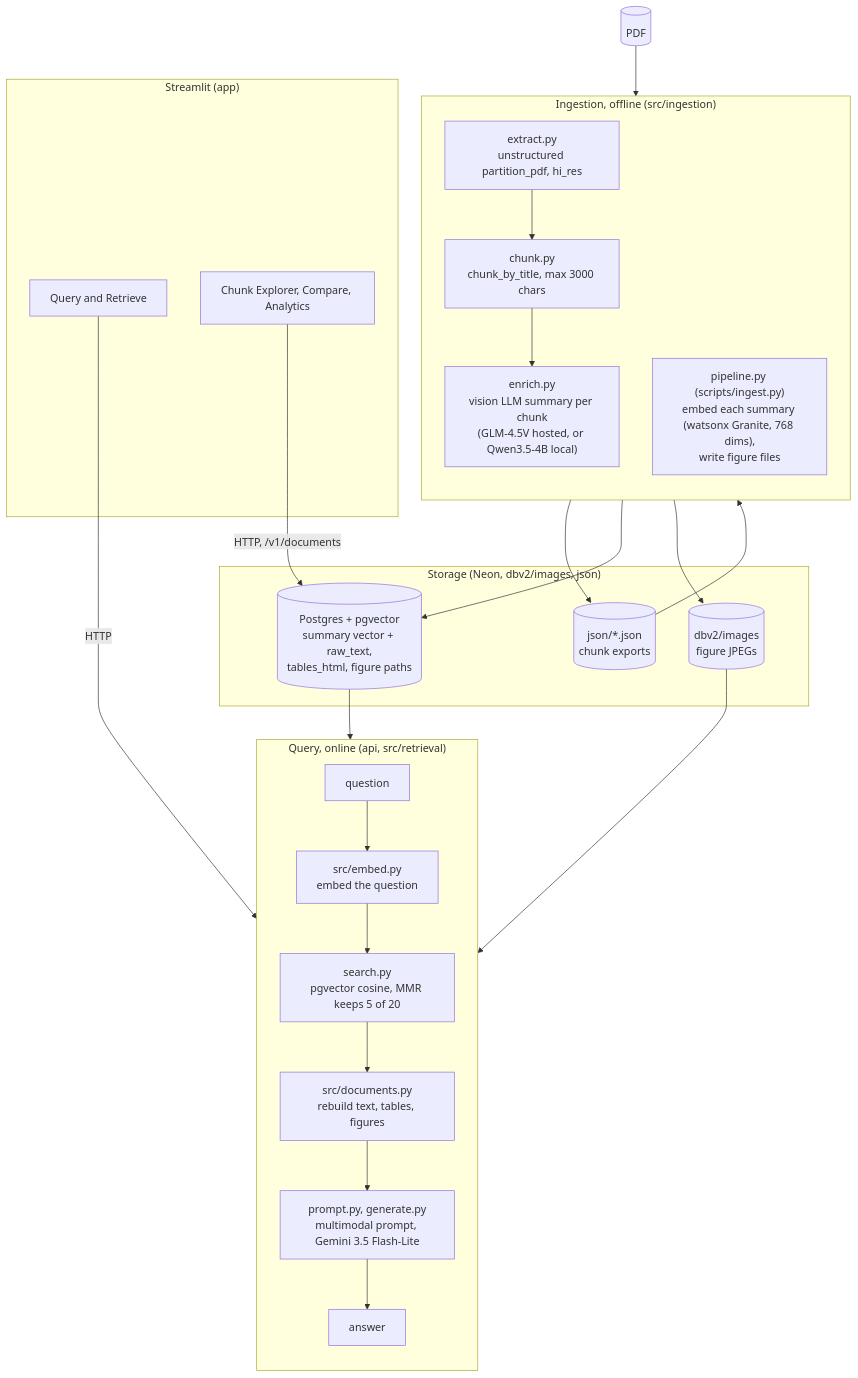
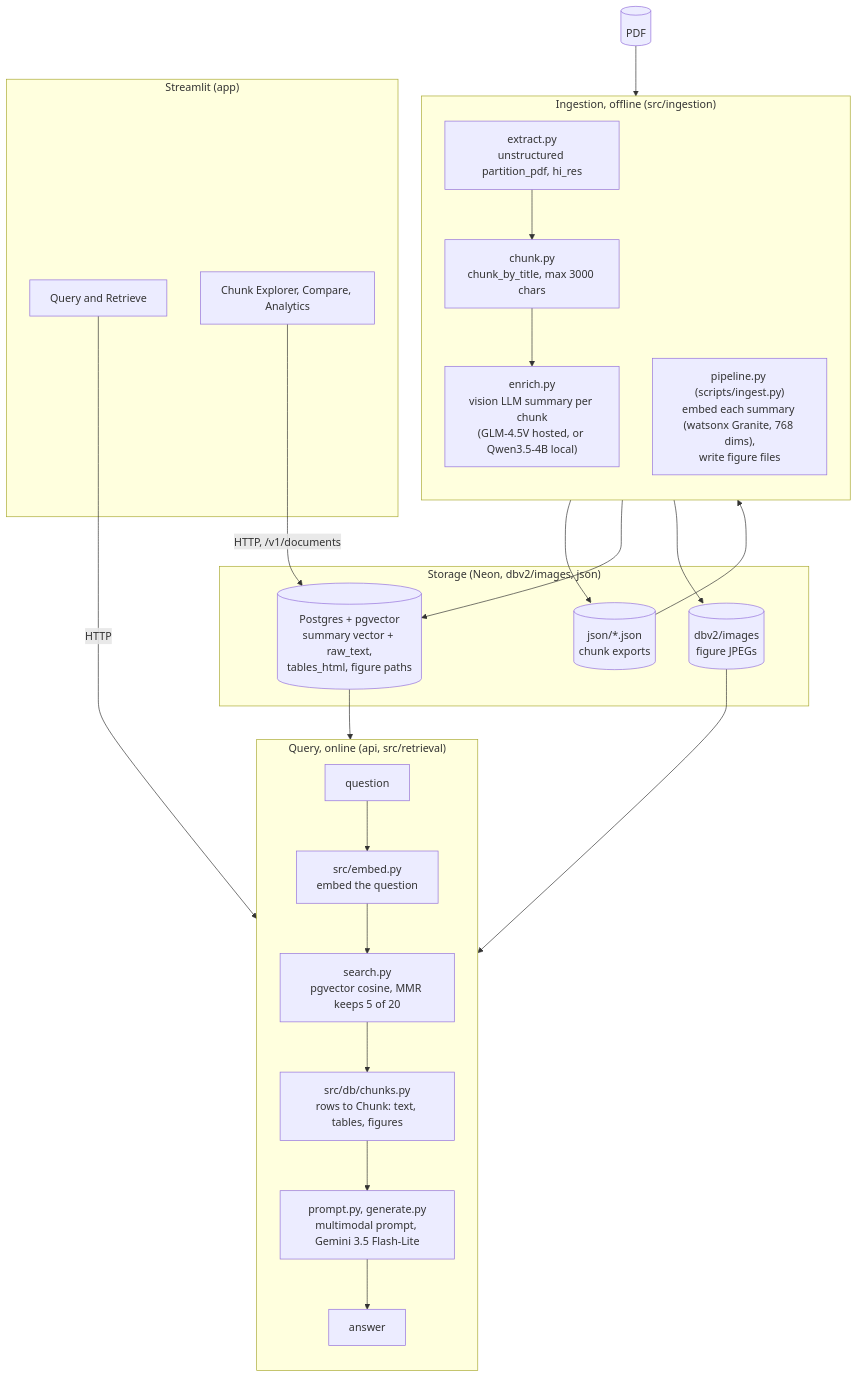
Before and after one commit to moksh-m9u/Ki-Craft: the diagram in README.md, drawn with Mermaid. The commit also changed 26 other files, not shown here.

````diff
--- a/README.md
+++ b/README.md
@@ -57,45 +57,45 @@
 ```mermaid
 flowchart TB
     PDF[("PDF")]
 
     subgraph Ingestion["Ingestion, offline (src/ingestion)"]
         direction TB
         PART["extract.py<br/>unstructured partition_pdf, hi_res"]
         CHUNK["chunk.py<br/>chunk_by_title, max 3000 chars"]
         ENRICH["enrich.py<br/>vision LLM summary per chunk<br/>(GLM-4.5V hosted, or Qwen3.5-4B local)"]
         BUILD["pipeline.py (scripts/ingest.py)<br/>embed each summary (watsonx Granite, 768 dims),<br/>write figure files"]
         PART --> CHUNK --> ENRICH
     end
 
     subgraph Storage["Storage (Neon, dbv2/images, json)"]
         STORE[("Postgres + pgvector<br/>summary vector + raw_text,<br/>tables_html, figure paths")]
         IMAGES[("dbv2/images<br/>figure JPEGs")]
         JSON[("json/*.json<br/>chunk exports")]
     end
 
     subgraph Query["Query, online (api, src/retrieval)"]
         direction TB
         Q["question"]
         EMBED_Q["src/embed.py<br/>embed the question"]
         MMR["search.py<br/>pgvector cosine, MMR keeps 5 of 20"]
-        REBUILD["src/documents.py<br/>rebuild text, tables, figures"]
+        REBUILD["src/db/chunks.py<br/>rows to Chunk: text, tables, figures"]
         GEN["prompt.py, generate.py<br/>multimodal prompt, Gemini 3.5 Flash-Lite"]
         ANSWER["answer"]
         Q --> EMBED_Q --> MMR --> REBUILD --> GEN --> ANSWER
     end
 
     subgraph UI["Streamlit (app)"]
         CHAT["Query and Retrieve"]
         EXPLORE["Chunk Explorer, Compare, Analytics"]
     end
 
     PDF --> PART
     ENRICH --> JSON
     JSON --> BUILD
     BUILD --> STORE
     BUILD --> IMAGES
     STORE --> MMR
     IMAGES --> REBUILD
     CHAT -- "HTTP" --> Q
     EXPLORE -- "HTTP, /v1/documents" --> STORE
 ```
````
